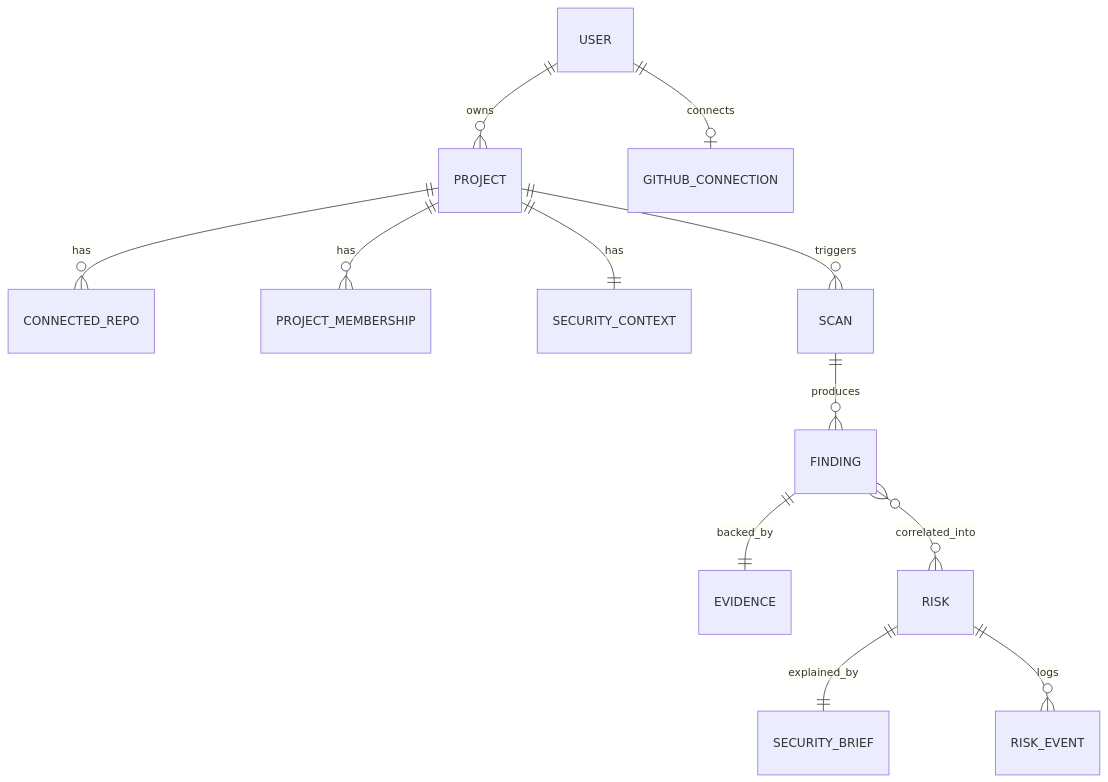
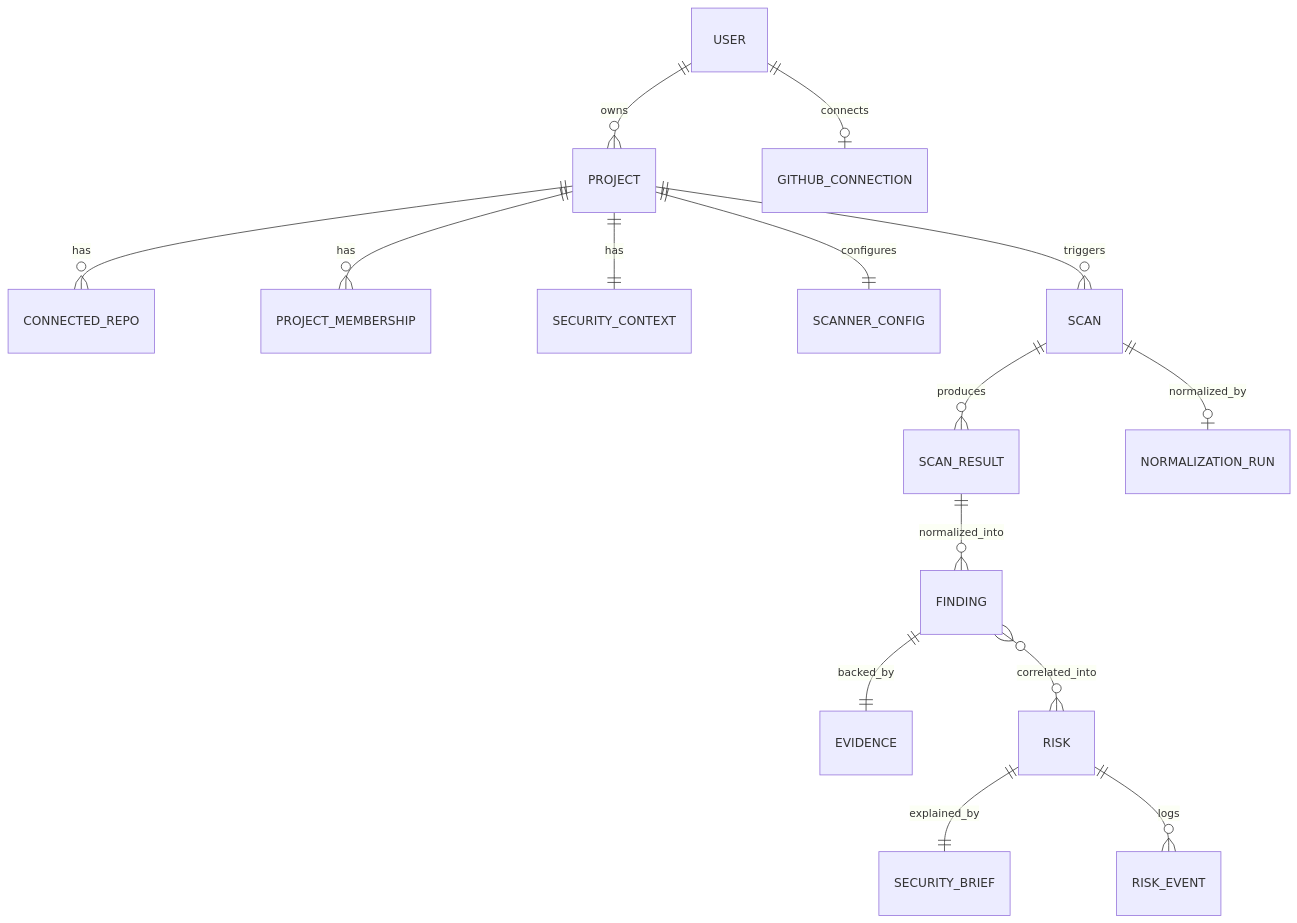
The first of 2 diagrams in docs/ARCHITECTURE.md (CarlosPD8/Verion), drawn with Mermaid before and after one commit. The commit also changed other lines of this file and 19 other files, not shown here.

````diff
--- a/docs/ARCHITECTURE.md
+++ b/docs/ARCHITECTURE.md
@@ -163,14 +188,17 @@
 ```mermaid
 erDiagram
     USER ||--o{ PROJECT : owns
     USER ||--o| GITHUB_CONNECTION : connects
     PROJECT ||--o{ CONNECTED_REPO : has
     PROJECT ||--o{ PROJECT_MEMBERSHIP : has
     PROJECT ||--|| SECURITY_CONTEXT : has
+    PROJECT ||--|| SCANNER_CONFIG : configures
     PROJECT ||--o{ SCAN : triggers
-    SCAN ||--o{ FINDING : produces
+    SCAN ||--o{ SCAN_RESULT : produces
+    SCAN ||--o| NORMALIZATION_RUN : normalized_by
+    SCAN_RESULT ||--o{ FINDING : normalized_into
     FINDING ||--|| EVIDENCE : backed_by
     FINDING }o--o{ RISK : correlated_into
     RISK ||--|| SECURITY_BRIEF : explained_by
     RISK ||--o{ RISK_EVENT : logs
 ```
````
